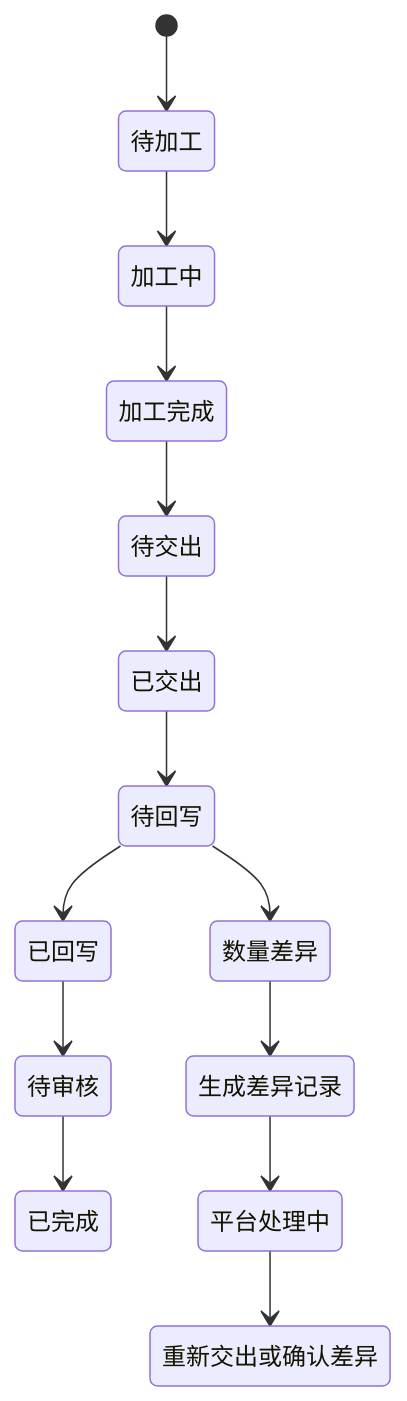
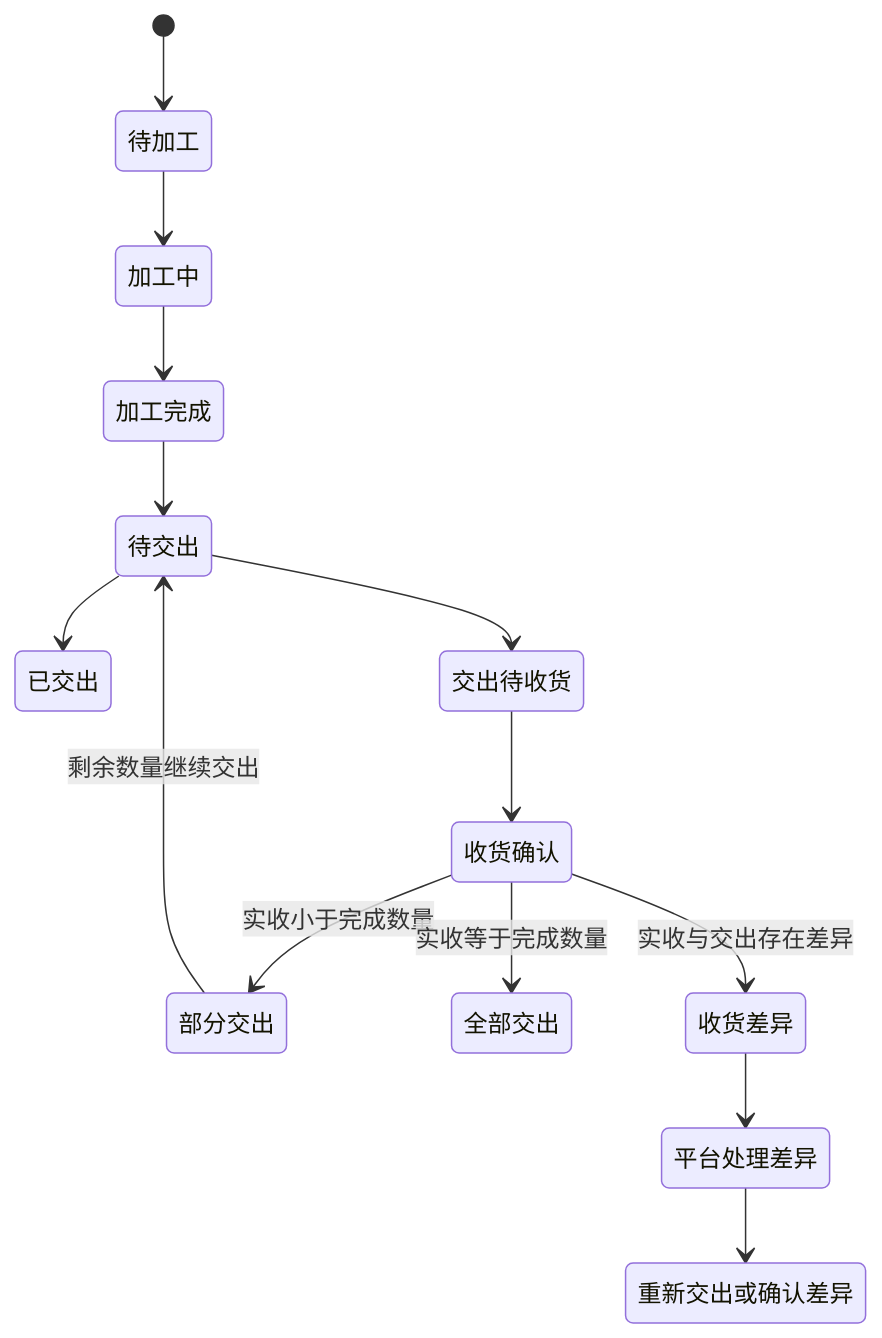
Before and after one commit to laoertongxue/higoods: the second of 2 diagrams in docs/fcs-process-warehouse-handover-linkage.md, drawn with Mermaid. The commit also changed other lines of this file and 98 other files, not shown here.

````diff
--- a/docs/fcs-process-warehouse-handover-linkage.md
+++ b/docs/fcs-process-warehouse-handover-linkage.md
@@ -27,17 +27,16 @@
 ```mermaid
 stateDiagram-v2
   [*] --> 待加工
   待加工 --> 加工中
   加工中 --> 加工完成
   加工完成 --> 待交出
   待交出 --> 已交出
-  已交出 --> 待回写
-  待回写 --> 已回写
-  已回写 --> 待审核
-  待审核 --> 已完成
-
-  待回写 --> 数量差异
-  数量差异 --> 生成差异记录
-  生成差异记录 --> 平台处理中
-  平台处理中 --> 重新交出或确认差异
+  待交出 --> 交出待收货
+  交出待收货 --> 收货确认
+  收货确认 --> 部分交出: 实收小于完成数量
+  收货确认 --> 全部交出: 实收等于完成数量
+  收货确认 --> 收货差异: 实收与交出存在差异
+  部分交出 --> 待交出: 剩余数量继续交出
+  收货差异 --> 平台处理差异
+  平台处理差异 --> 重新交出或确认差异
 ```
````
